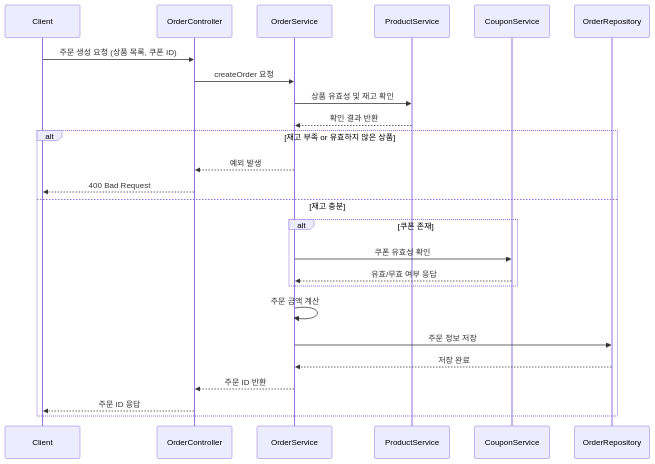
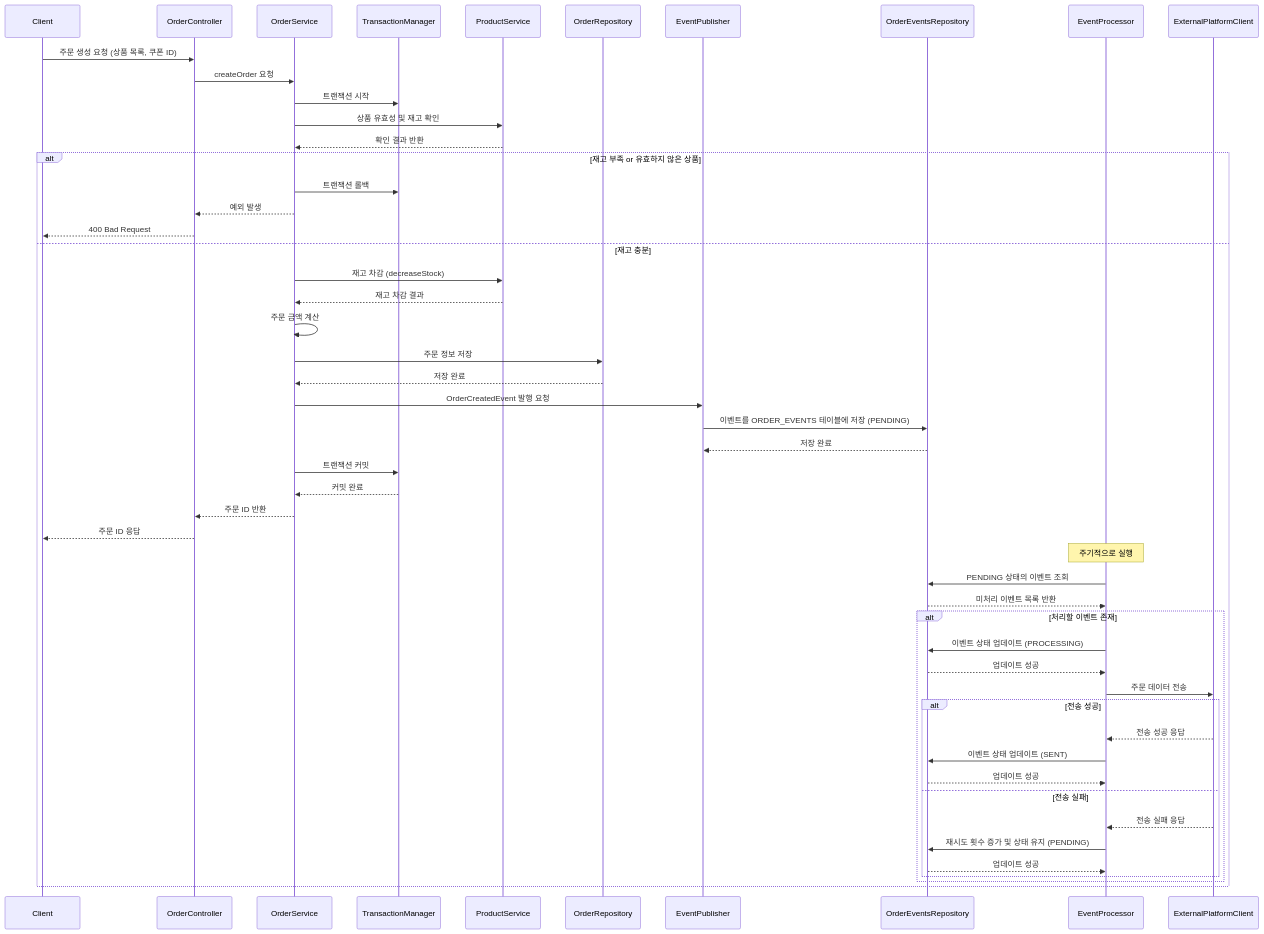
The diagram in docs/sequence-diagram/주문생성.md (thedev-junyoung/hanghae-plus-2wd), drawn with Mermaid before and after one commit. The commit also changed 11 other files, not shown here.

````diff
--- a/docs/sequence-diagram/주문생성.md
+++ b/docs/sequence-diagram/주문생성.md
@@ -2,32 +2,73 @@
 ```mermaid
 sequenceDiagram
     participant Client
     participant OrderController
     participant OrderService
+    participant TransactionManager
     participant ProductService
-    participant CouponService
     participant OrderRepository
+    participant EventPublisher
+    participant OrderEventsRepository
+    participant EventProcessor
+    participant ExternalPlatformClient
 
     Client->>OrderController: 주문 생성 요청 (상품 목록, 쿠폰 ID)
     OrderController->>OrderService: createOrder 요청
 
+%% 트랜잭션 시작
+    OrderService->>TransactionManager: 트랜잭션 시작
+
+%% 상품 유효성 및 재고 확인
     OrderService->>ProductService: 상품 유효성 및 재고 확인
     ProductService-->>OrderService: 확인 결과 반환
 
     alt 재고 부족 or 유효하지 않은 상품
+        OrderService->>TransactionManager: 트랜잭션 롤백
         OrderService-->>OrderController: 예외 발생
         OrderController-->>Client: 400 Bad Request
     else 재고 충분
-        alt 쿠폰 존재
-            OrderService->>CouponService: 쿠폰 유효성 확인
-            CouponService-->>OrderService: 유효/무효 여부 응답
-        end
+    %% 재고 차감
+        OrderService->>ProductService: 재고 차감 (decreaseStock)
+        ProductService-->>OrderService: 재고 차감 결과
 
+    %% 주문 생성 및 저장
         OrderService->>OrderService: 주문 금액 계산
         OrderService->>OrderRepository: 주문 정보 저장
         OrderRepository-->>OrderService: 저장 완료
+
+    %% 트랜잭셔널 아웃박스 패턴 - 이벤트 저장
+        OrderService->>EventPublisher: OrderCreatedEvent 발행 요청
+        EventPublisher->>OrderEventsRepository: 이벤트를 ORDER_EVENTS 테이블에 저장 (PENDING)
+        OrderEventsRepository-->>EventPublisher: 저장 완료
+
+    %% 트랜잭션 커밋 - 주문 정보와 이벤트가 함께 커밋됨
+        OrderService->>TransactionManager: 트랜잭션 커밋
+        TransactionManager-->>OrderService: 커밋 완료
+
         OrderService-->>OrderController: 주문 ID 반환
         OrderController-->>Client: 주문 ID 응답
+
+    %% --- 비동기 이벤트 처리 (별도 쓰레드/프로세스) ---
+        Note over EventProcessor: 주기적으로 실행
+
+        EventProcessor->>OrderEventsRepository: PENDING 상태의 이벤트 조회
+        OrderEventsRepository-->>EventProcessor: 미처리 이벤트 목록 반환
+
+        alt 처리할 이벤트 존재
+            EventProcessor->>OrderEventsRepository: 이벤트 상태 업데이트 (PROCESSING)
+            OrderEventsRepository-->>EventProcessor: 업데이트 성공
+
+            EventProcessor->>ExternalPlatformClient: 주문 데이터 전송
+
+            alt 전송 성공
+                ExternalPlatformClient-->>EventProcessor: 전송 성공 응답
+                EventProcessor->>OrderEventsRepository: 이벤트 상태 업데이트 (SENT)
+                OrderEventsRepository-->>EventProcessor: 업데이트 성공
+            else 전송 실패
+                ExternalPlatformClient-->>EventProcessor: 전송 실패 응답
+                EventProcessor->>OrderEventsRepository: 재시도 횟수 증가 및 상태 유지 (PENDING)
+                OrderEventsRepository-->>EventProcessor: 업데이트 성공
+            end
+        end
     end
-
 ```
````
